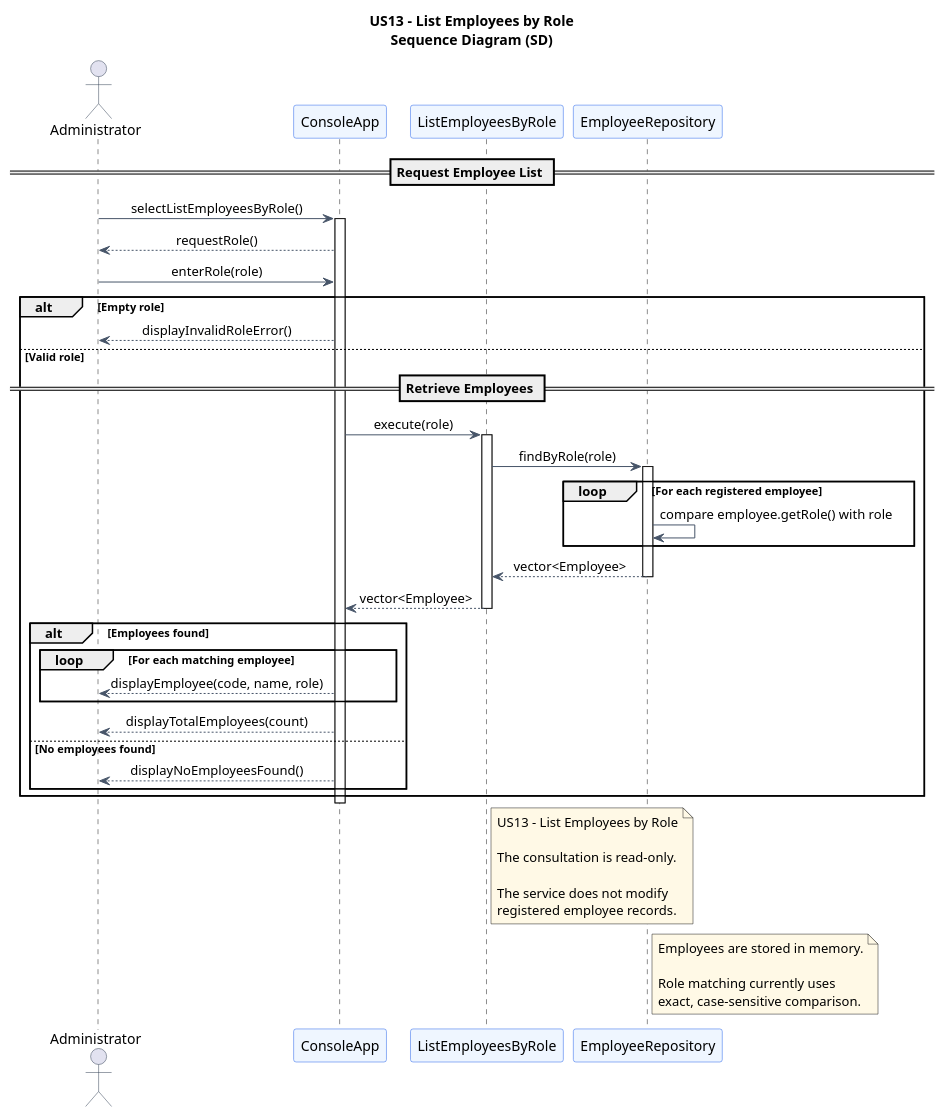
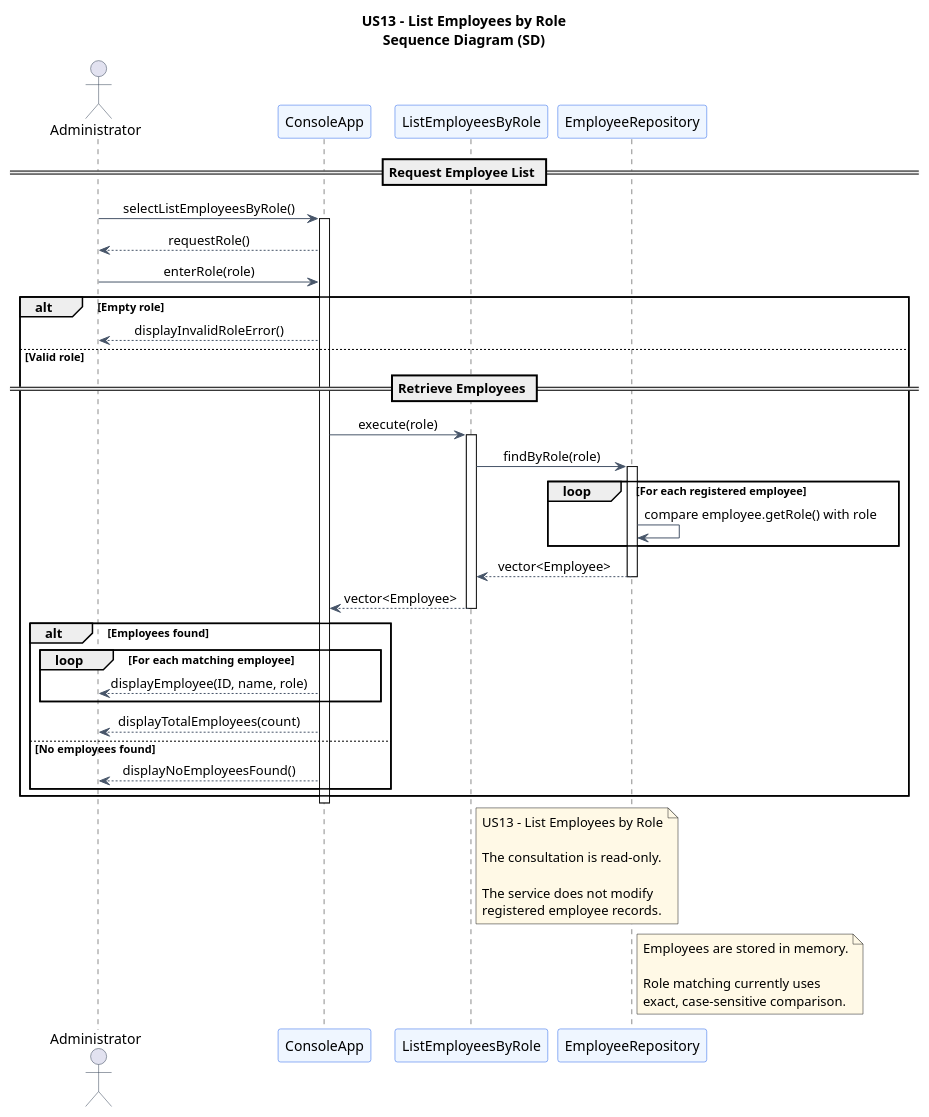
Before and after one commit to jmaia574/leti-esoft-26-27-B6: the diagram in docs/system-documentation/US13/puml/US13-SD.puml, drawn with PlantUML. The commit also changed 9 other files, not shown here.

```diff
--- a/docs/system-documentation/US13/puml/US13-SD.puml
+++ b/docs/system-documentation/US13/puml/US13-SD.puml
@@ -1,82 +1,82 @@
 @startuml
 title US13 - List Employees by Role\nSequence Diagram (SD)
 
 skinparam backgroundColor #FFFFFF
 skinparam shadowing false
 skinparam sequenceMessageAlign center
 skinparam responseMessageBelowArrow true
 skinparam ParticipantBorderColor #2563EB
 skinparam ParticipantBackgroundColor #EFF6FF
 skinparam ActorBorderColor #334155
 skinparam ArrowColor #475569
 skinparam NoteBackgroundColor #FFF9E6
 
 actor "Administrator" as Admin
 
 participant "ConsoleApp" as UI
 participant "ListEmployeesByRole" as Service
 participant "EmployeeRepository" as Repository
 
 == Request Employee List ==
 
 Admin -> UI : selectListEmployeesByRole()
 activate UI
 
 UI --> Admin : requestRole()
 
 Admin -> UI : enterRole(role)
 
 alt Empty role
     UI --> Admin : displayInvalidRoleError()
 
 else Valid role
 
     == Retrieve Employees ==
 
     UI -> Service : execute(role)
     activate Service
 
     Service -> Repository : findByRole(role)
     activate Repository
 
     loop For each registered employee
         Repository -> Repository : compare employee.getRole() with role
     end
 
     Repository --> Service : vector<Employee>
     deactivate Repository
 
     Service --> UI : vector<Employee>
     deactivate Service
 
     alt Employees found
         loop For each matching employee
-            UI --> Admin : displayEmployee(code, name, role)
+            UI --> Admin : displayEmployee(ID, name, role)
         end
 
         UI --> Admin : displayTotalEmployees(count)
 
     else No employees found
         UI --> Admin : displayNoEmployeesFound()
     end
 end
 
 deactivate UI
 
 note right of Service
 US13 - List Employees by Role
 
 The consultation is read-only.
 
 The service does not modify
 registered employee records.
 end note
 
 note right of Repository
 Employees are stored in memory.
 
 Role matching currently uses
 exact, case-sensitive comparison.
 end note
 
 @enduml
```
